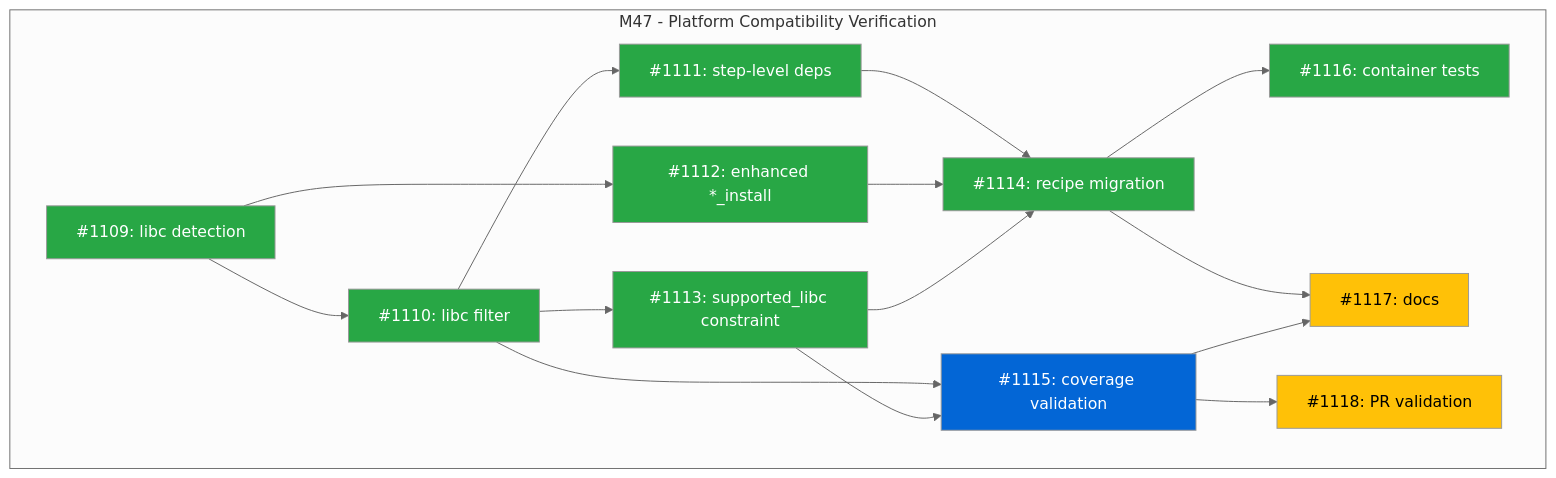
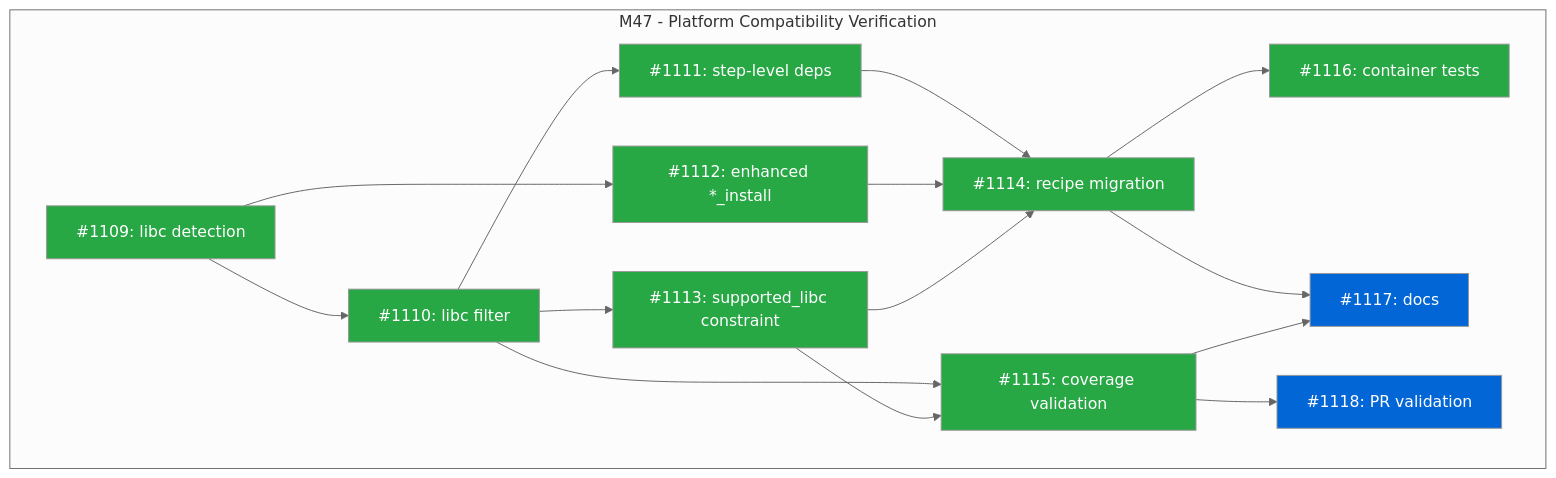
The diagram in docs/designs/DESIGN-platform-compatibility-verification.md (tsukumogami/tsuku), drawn with Mermaid (neutral theme) before and after one commit.

Commit message:
docs(platform): mark issue #1115 as done

````diff
--- a/docs/designs/DESIGN-platform-compatibility-verification.md
+++ b/docs/designs/DESIGN-platform-compatibility-verification.md
@@ -29,34 +29,34 @@
 ```mermaid
 graph TD
     subgraph "M47 - Platform Compatibility Verification"
         I1109["#1109: libc detection"]:::done
         I1110["#1110: libc filter"]:::done
         I1111["#1111: step-level deps"]:::done
         I1112["#1112: enhanced *_install"]:::done
         I1113["#1113: supported_libc constraint"]:::done
         I1114["#1114: recipe migration"]:::done
-        I1115["#1115: coverage validation"]:::ready
+        I1115["#1115: coverage validation"]:::done
         I1116["#1116: container tests"]:::done
-        I1117["#1117: docs"]:::blocked
-        I1118["#1118: PR validation"]:::blocked
+        I1117["#1117: docs"]:::ready
+        I1118["#1118: PR validation"]:::ready
 
         I1109 --> I1110
         I1109 --> I1112
         I1110 --> I1111
         I1110 --> I1113
         I1110 --> I1115
         I1111 --> I1114
         I1112 --> I1114
         I1113 --> I1114
         I1113 --> I1115
         I1114 --> I1116
         I1114 --> I1117
         I1115 --> I1117
         I1115 --> I1118
     end
 
     classDef done fill:#28a745,color:#fff
     classDef ready fill:#0366d6,color:#fff
     classDef blocked fill:#ffc107,color:#000
     classDef needsDesign fill:#6f42c1,color:#fff
 ```
````
